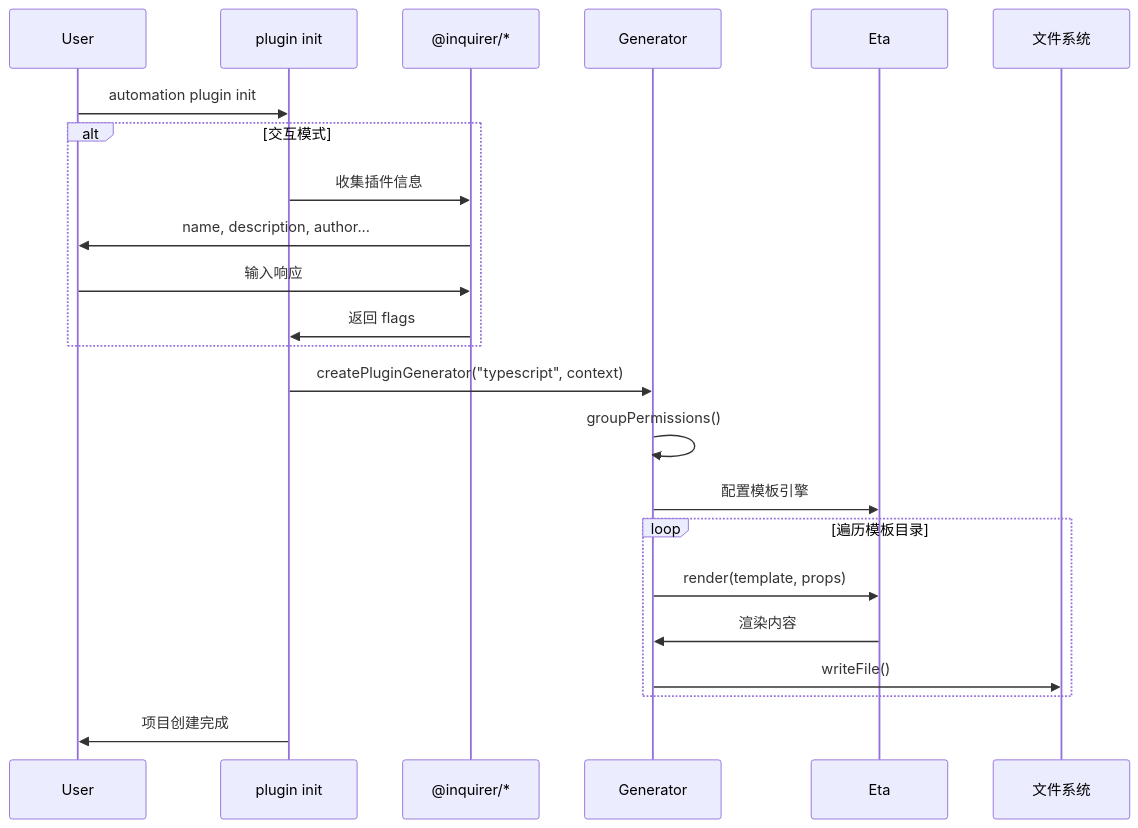
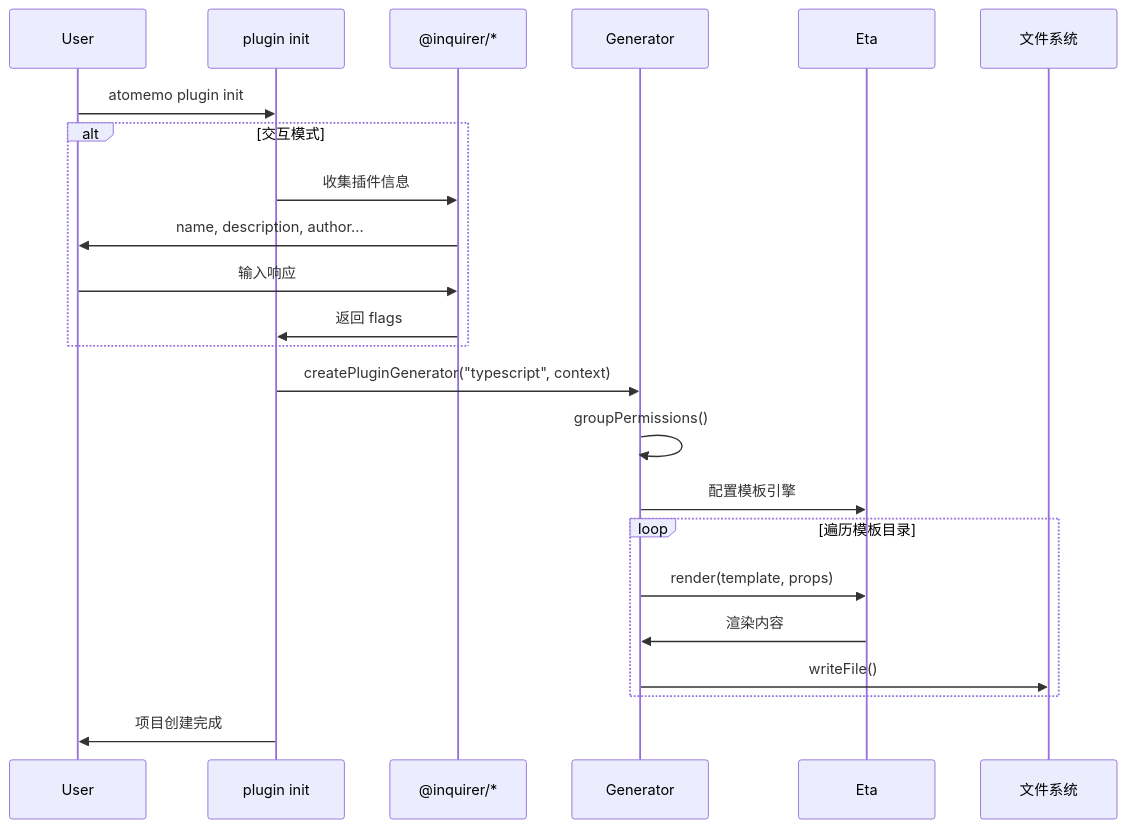
One commit to choice-open/automation-plugin-cli changed the third of 4 diagrams in ARCHITECTURE.md. Above: the diagram before and after it, drawn with Mermaid. The commit also changed other lines of this file and 16 other files, not shown here.

````diff
--- a/ARCHITECTURE.md
+++ b/ARCHITECTURE.md
@@ -145,30 +145,30 @@
 ```mermaid
 sequenceDiagram
     participant User
     participant CLI as plugin init
     participant Inquirer as @inquirer/*
     participant Generator
     participant Eta
     participant FS as 文件系统
 
-    User->>CLI: automation plugin init
+    User->>CLI: atomemo plugin init
     
     alt 交互模式
         CLI->>Inquirer: 收集插件信息
         Inquirer->>User: name, description, author...
         User->>Inquirer: 输入响应
         Inquirer->>CLI: 返回 flags
     end
 
     CLI->>Generator: createPluginGenerator("typescript", context)
     Generator->>Generator: groupPermissions()
     Generator->>Eta: 配置模板引擎
     
     loop 遍历模板目录
         Generator->>Eta: render(template, props)
         Eta->>Generator: 渲染内容
         Generator->>FS: writeFile()
     end
 
     CLI->>User: 项目创建完成
 ```
````
